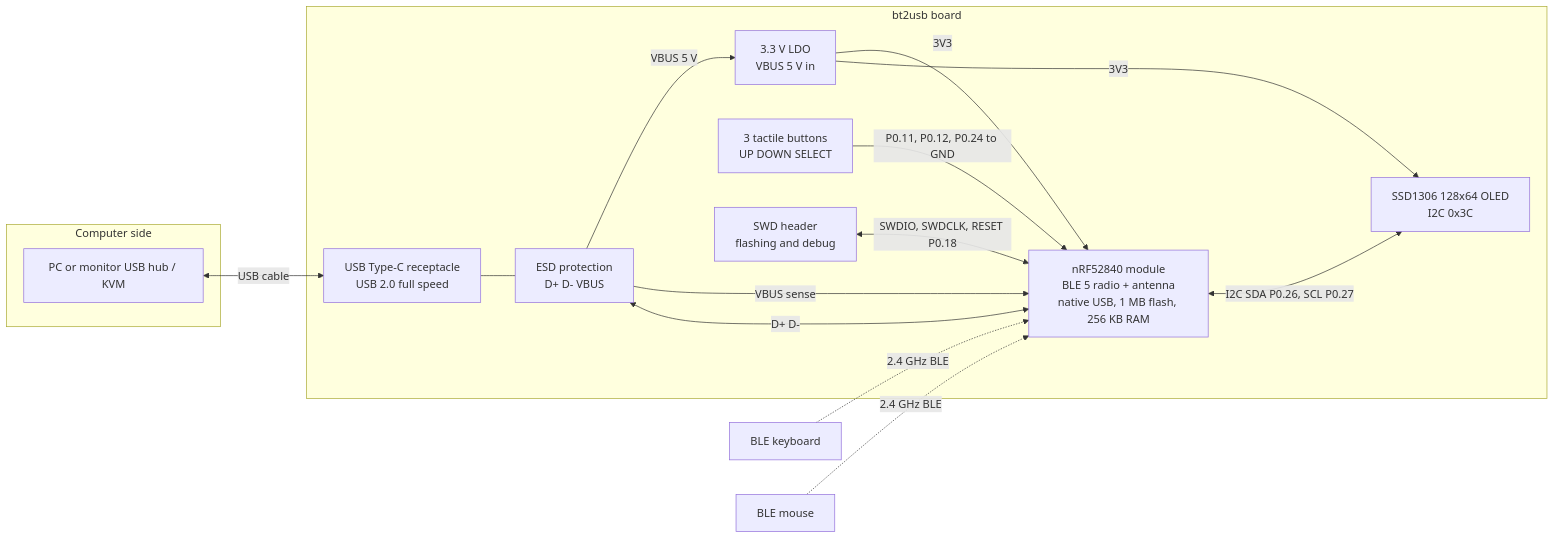
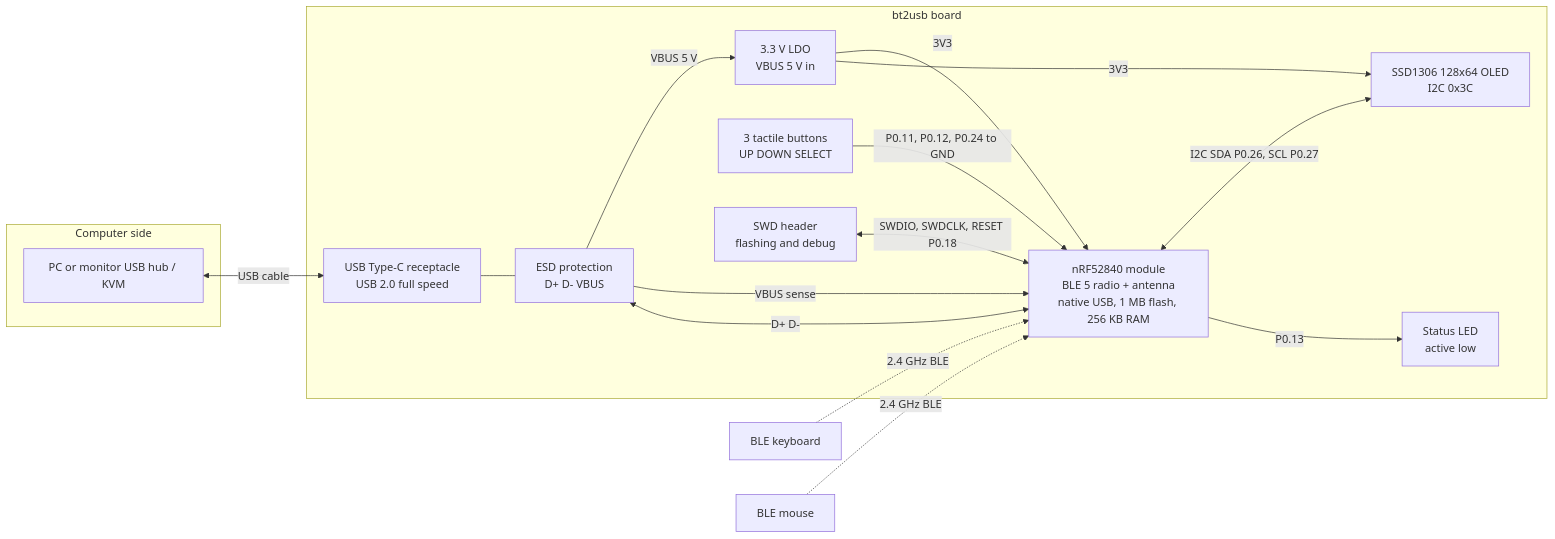
One commit to chefzaid/bt2usb changed the diagram in docs/hardware.md. Above: the diagram before and after it, drawn with Mermaid. The commit also changed other lines of this file and 24 other files, not shown here.

First line of the commit message:
Add a status LED and two mounting holes to rev A

````diff
--- a/docs/hardware.md
+++ b/docs/hardware.md
@@ -510,29 +531,31 @@
 ```mermaid
 flowchart LR
     subgraph HOST[Computer side]
         PC[PC or monitor USB hub / KVM]
     end
     subgraph BOARD[bt2usb board]
         USBC[USB Type-C receptacle<br/>USB 2.0 full speed]
         ESD[ESD protection<br/>D+ D- VBUS]
         LDO[3.3 V LDO<br/>VBUS 5 V in]
         MOD[nRF52840 module<br/>BLE 5 radio + antenna<br/>native USB, 1 MB flash, 256 KB RAM]
         OLED[SSD1306 128x64 OLED<br/>I2C 0x3C]
         BTN[3 tactile buttons<br/>UP DOWN SELECT]
+        LED[Status LED<br/>active low]
         SWD[SWD header<br/>flashing and debug]
     end
     KB[BLE keyboard]
     MS[BLE mouse]
     PC <-->|USB cable| USBC
     USBC --- ESD
     ESD -->|VBUS 5 V| LDO
     ESD -->|VBUS sense| MOD
     ESD <-->|D+ D-| MOD
     LDO -->|3V3| MOD
     LDO -->|3V3| OLED
     MOD <-->|I2C SDA P0.26, SCL P0.27| OLED
     BTN -->|P0.11, P0.12, P0.24 to GND| MOD
+    MOD -->|P0.13| LED
     SWD <-->|SWDIO, SWDCLK, RESET P0.18| MOD
     KB -.->|2.4 GHz BLE| MOD
     MS -.->|2.4 GHz BLE| MOD
 ```
````
